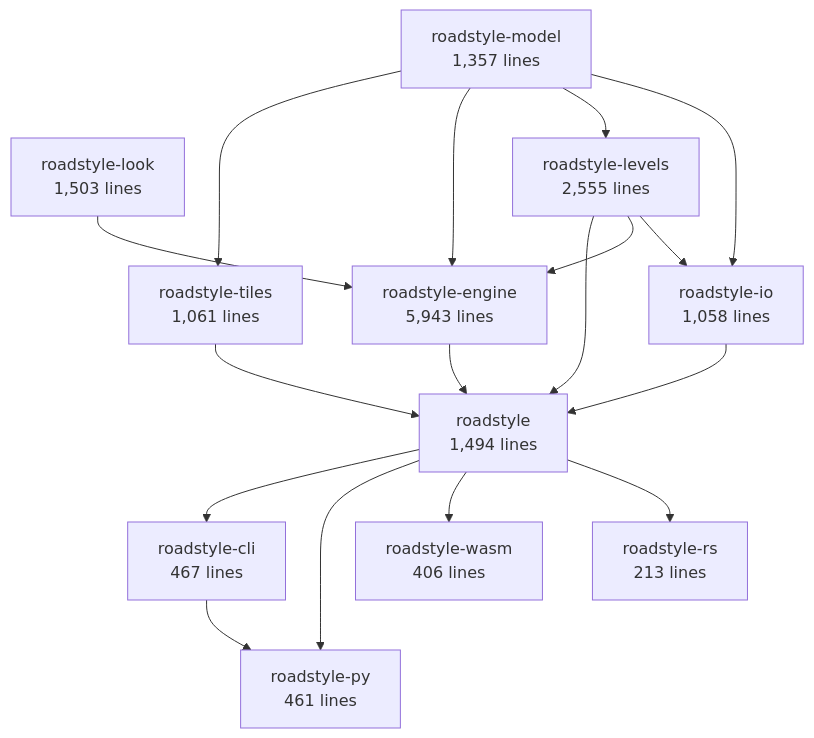
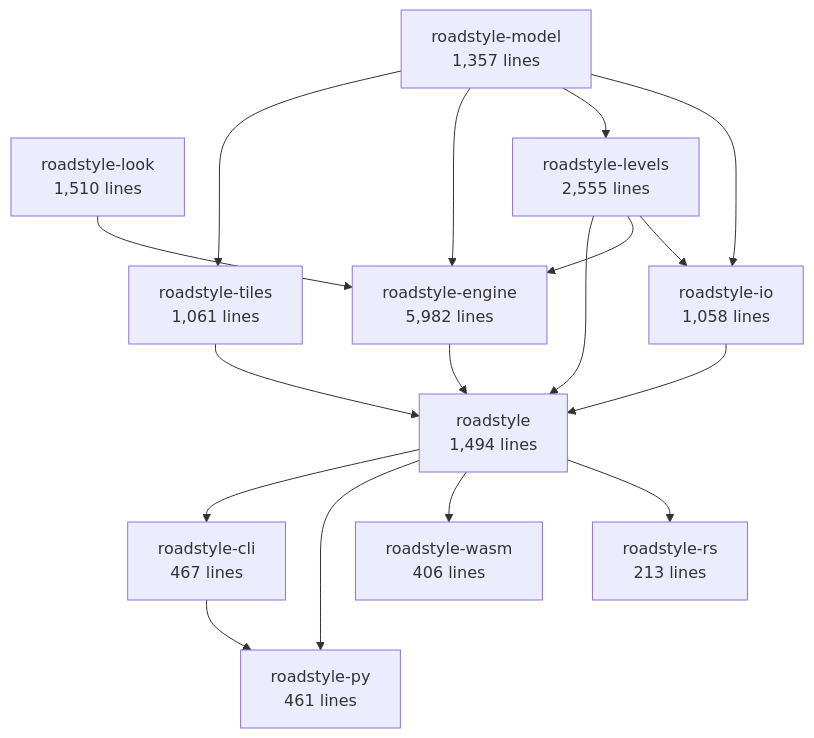
The second of 6 diagrams in docs/rust/architecture.md (Khoshkhah/roadstyle), drawn with Mermaid before and after one commit. The commit also changed other lines of this file and 8 other files, not shown here.

````diff
--- a/docs/rust/architecture.md
+++ b/docs/rust/architecture.md
@@ -69,30 +69,30 @@
 ```mermaid
 flowchart TB
     roadstyle_model["roadstyle-model<br/>1,357 lines"]
-    roadstyle_look["roadstyle-look<br/>1,503 lines"]
+    roadstyle_look["roadstyle-look<br/>1,510 lines"]
     roadstyle_io["roadstyle-io<br/>1,058 lines"]
     roadstyle_levels["roadstyle-levels<br/>2,555 lines"]
-    roadstyle_engine["roadstyle-engine<br/>5,943 lines"]
+    roadstyle_engine["roadstyle-engine<br/>5,982 lines"]
     roadstyle_tiles["roadstyle-tiles<br/>1,061 lines"]
     roadstyle["roadstyle<br/>1,494 lines"]
     roadstyle_rs["roadstyle-rs<br/>213 lines"]
     roadstyle_wasm["roadstyle-wasm<br/>406 lines"]
     roadstyle_py["roadstyle-py<br/>461 lines"]
     roadstyle_cli["roadstyle-cli<br/>467 lines"]
     roadstyle_levels --> roadstyle_io
     roadstyle_model --> roadstyle_io
     roadstyle_model --> roadstyle_levels
     roadstyle_levels --> roadstyle_engine
     roadstyle_look --> roadstyle_engine
     roadstyle_model --> roadstyle_engine
     roadstyle_model --> roadstyle_tiles
     roadstyle_engine --> roadstyle
     roadstyle_io --> roadstyle
     roadstyle_levels --> roadstyle
     roadstyle_tiles --> roadstyle
     roadstyle --> roadstyle_rs
     roadstyle --> roadstyle_wasm
     roadstyle --> roadstyle_py
     roadstyle_cli --> roadstyle_py
     roadstyle --> roadstyle_cli
 ```
````
